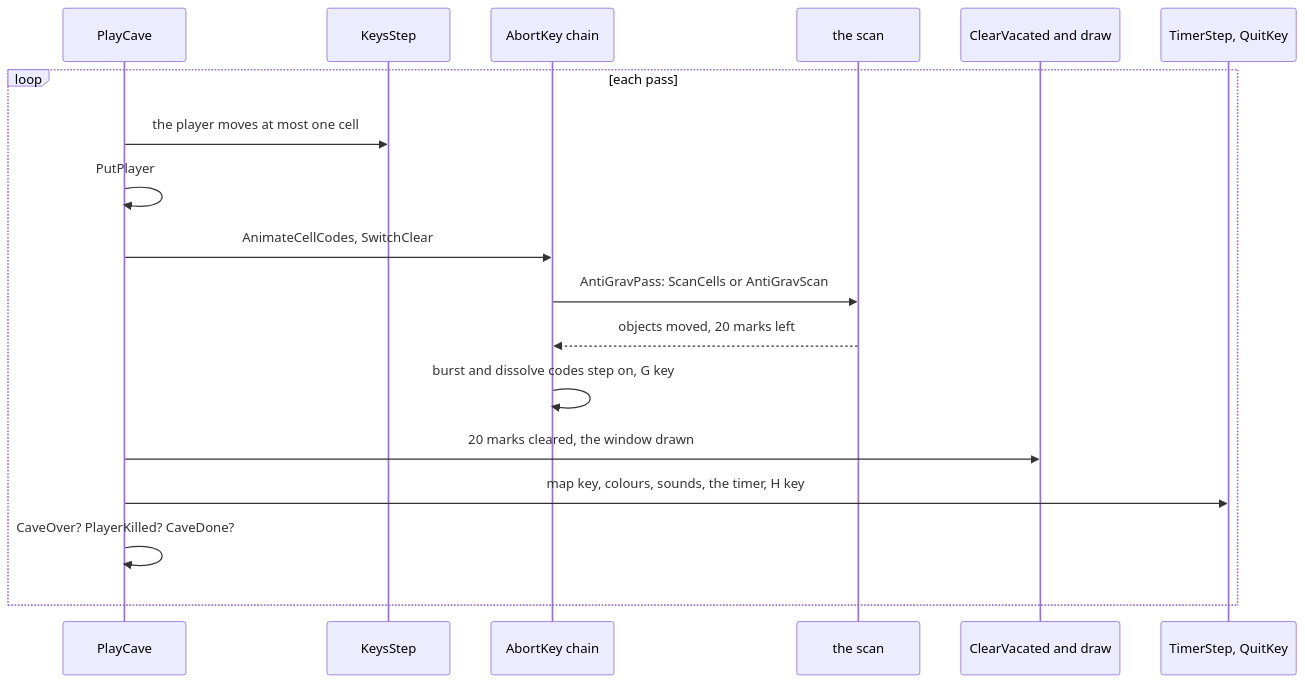
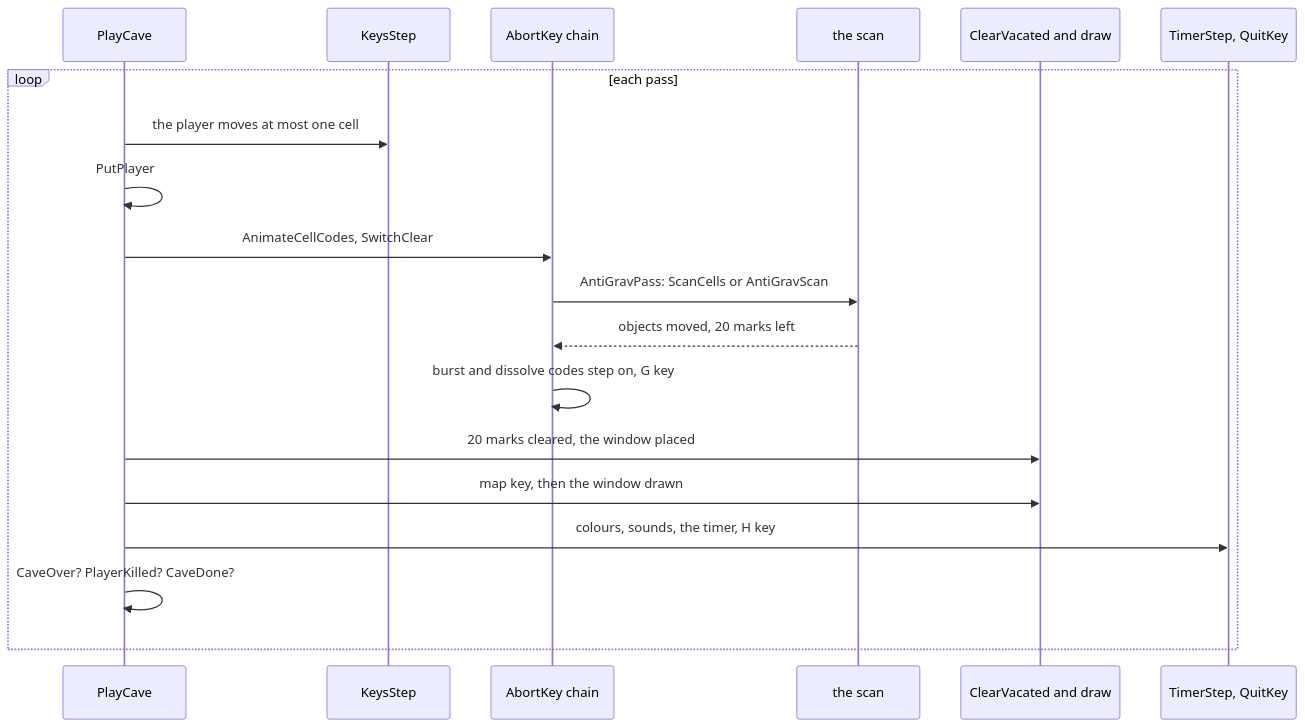
One commit to alfishe/unrealng-reverse-cases changed the first of 17 diagrams in games/earth-shaker/docs/10-gameplay-logic.md. Above: the diagram before and after it, drawn with Mermaid. The commit also changed other lines of this file and 31 other files, not shown here.

````diff
--- a/games/earth-shaker/docs/10-gameplay-logic.md
+++ b/games/earth-shaker/docs/10-gameplay-logic.md
@@ -65,20 +67,21 @@
 ```mermaid
 sequenceDiagram
     participant P as PlayCave
     participant K as KeysStep
     participant A as AbortKey chain
     participant S as the scan
     participant V as ClearVacated and draw
     participant T as TimerStep, QuitKey
     loop each pass
         P->>K: the player moves at most one cell
         P->>P: PutPlayer
         P->>A: AnimateCellCodes, SwitchClear
         A->>S: AntiGravPass: ScanCells or AntiGravScan
         S-->>A: objects moved, 20 marks left
         A->>A: burst and dissolve codes step on, G key
-        P->>V: 20 marks cleared, the window drawn
-        P->>T: map key, colours, sounds, the timer, H key
+        P->>V: 20 marks cleared, the window placed
+        P->>V: map key, then the window drawn
+        P->>T: colours, sounds, the timer, H key
         P->>P: CaveOver? PlayerKilled? CaveDone?
     end
 ```
````
